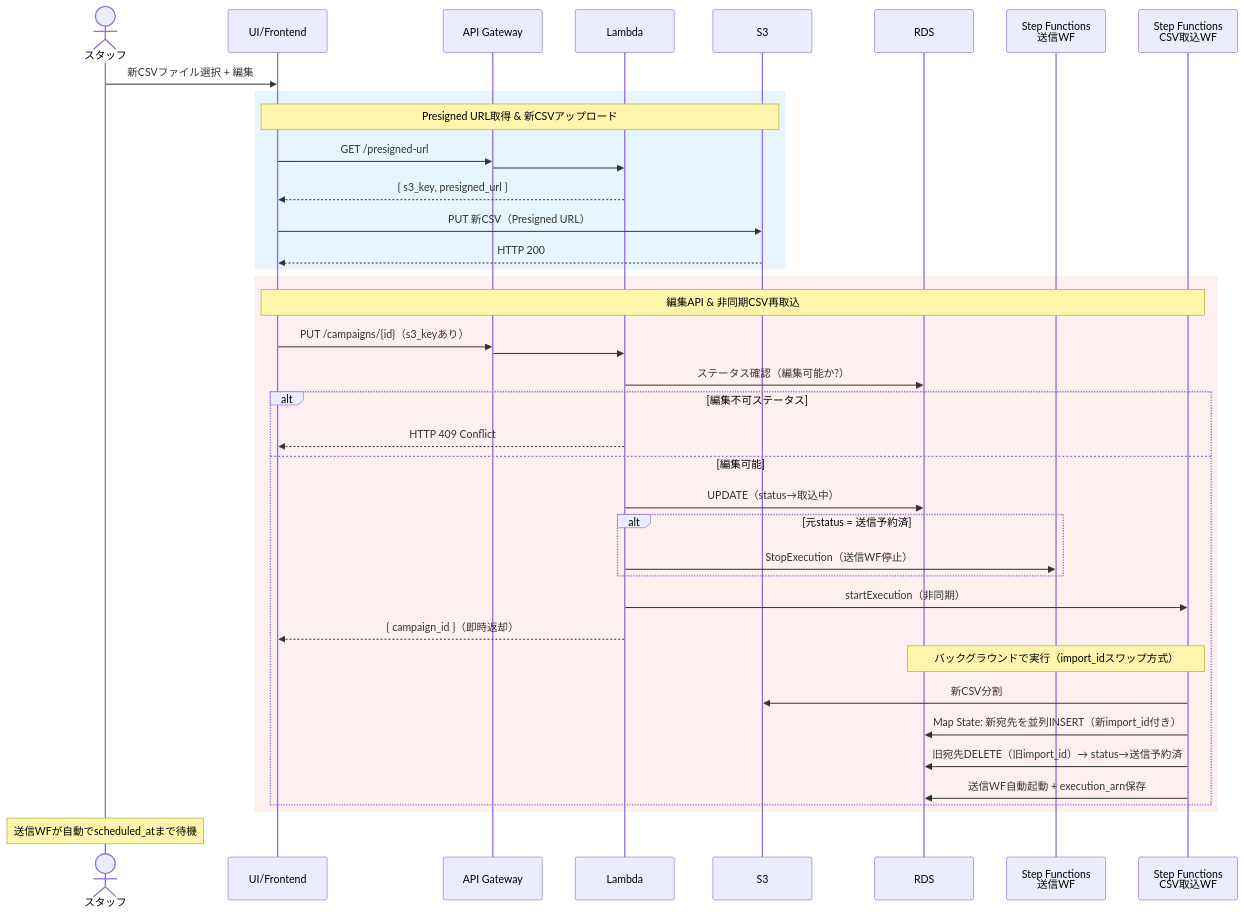
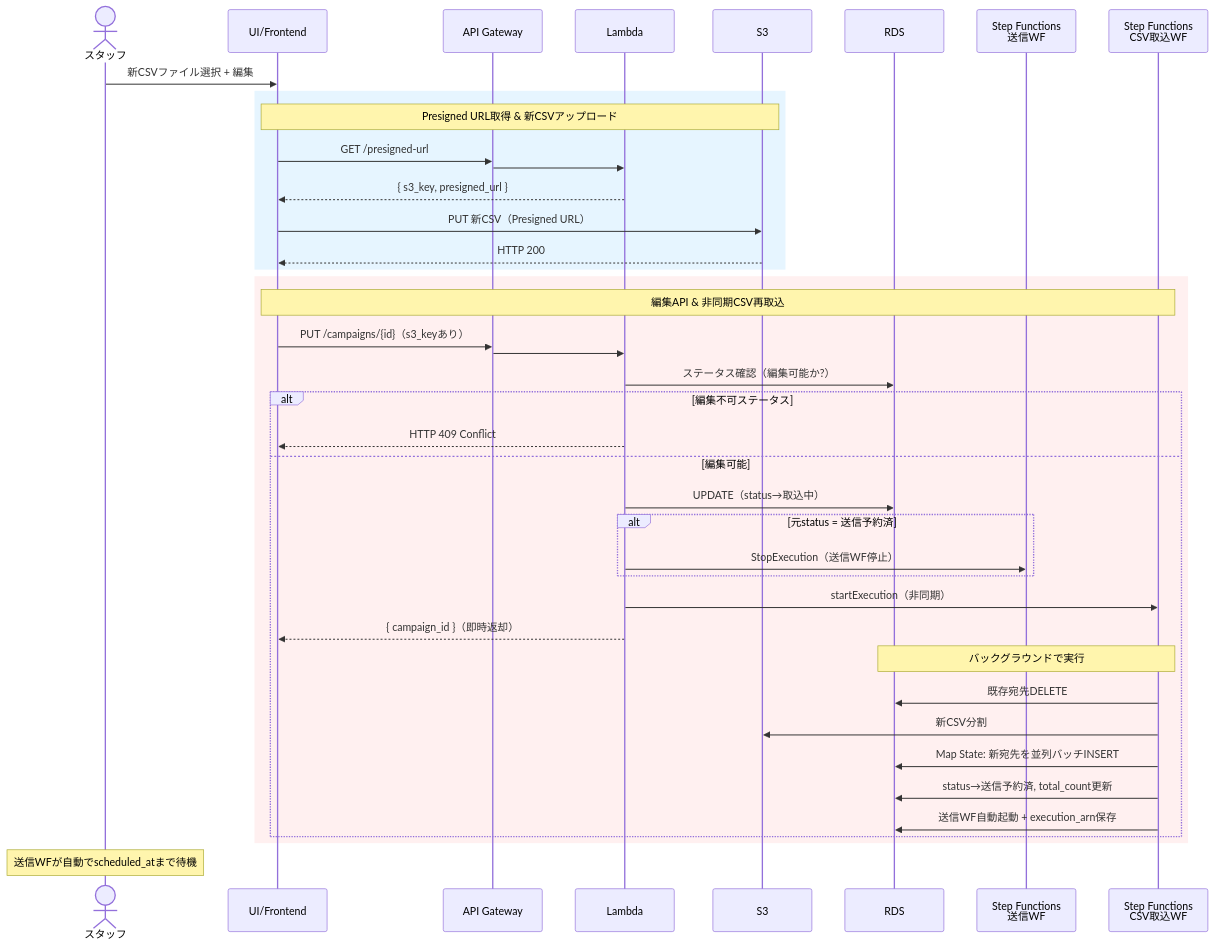
Before and after one commit to muratariku0903/mass-emailing: the second of 4 diagrams in docs/02-edit-flow.md, drawn with Mermaid. The commit also changed other lines of this file and 4 other files, not shown here.

````diff
--- a/docs/02-edit-flow.md
+++ b/docs/02-edit-flow.md
@@ -78,50 +78,51 @@
 ```mermaid
 sequenceDiagram
     actor スタッフ
     participant UI as UI/Frontend
     participant APIGW as API Gateway
     participant Lambda
     participant S3
     participant RDS
     participant SFn2 as Step Functions<br/>送信WF
     participant SFn as Step Functions<br/>CSV取込WF
 
     スタッフ->>UI: 新CSVファイル選択 + 編集
 
     rect rgb(230, 245, 255)
     Note over UI, S3: Presigned URL取得 & 新CSVアップロード
     UI->>APIGW: GET /presigned-url
     APIGW->>Lambda:
     Lambda-->>UI: { s3_key, presigned_url }
     UI->>S3: PUT 新CSV（Presigned URL）
     S3-->>UI: HTTP 200
     end
 
     rect rgb(255, 240, 240)
     Note over UI, SFn: 編集API & 非同期CSV再取込
     UI->>APIGW: PUT /campaigns/{id}（s3_keyあり）
     APIGW->>Lambda:
     Lambda->>RDS: ステータス確認（編集可能か?）
 
     alt 編集不可ステータス
         Lambda-->>UI: HTTP 409 Conflict
     else 編集可能
         Lambda->>RDS: UPDATE（status→取込中）
 
         alt 元status = 送信予約済
             Lambda->>SFn2: StopExecution（送信WF停止）
         end
 
         Lambda->>SFn: startExecution（非同期）
         Lambda-->>UI: { campaign_id }（即時返却）
 
-        Note over SFn, RDS: バックグラウンドで実行（import_idスワップ方式）
+        Note over SFn, RDS: バックグラウンドで実行
+        SFn->>RDS: 既存宛先DELETE
         SFn->>S3: 新CSV分割
-        SFn->>RDS: Map State: 新宛先を並列INSERT（新import_id付き）
-        SFn->>RDS: 旧宛先DELETE（旧import_id）→ status→送信予約済
+        SFn->>RDS: Map State: 新宛先を並列バッチINSERT
+        SFn->>RDS: status→送信予約済, total_count更新
         SFn->>RDS: 送信WF自動起動 + execution_arn保存
     end
     end
 
     Note over スタッフ: 送信WFが自動でscheduled_atまで待機
 ```
````
